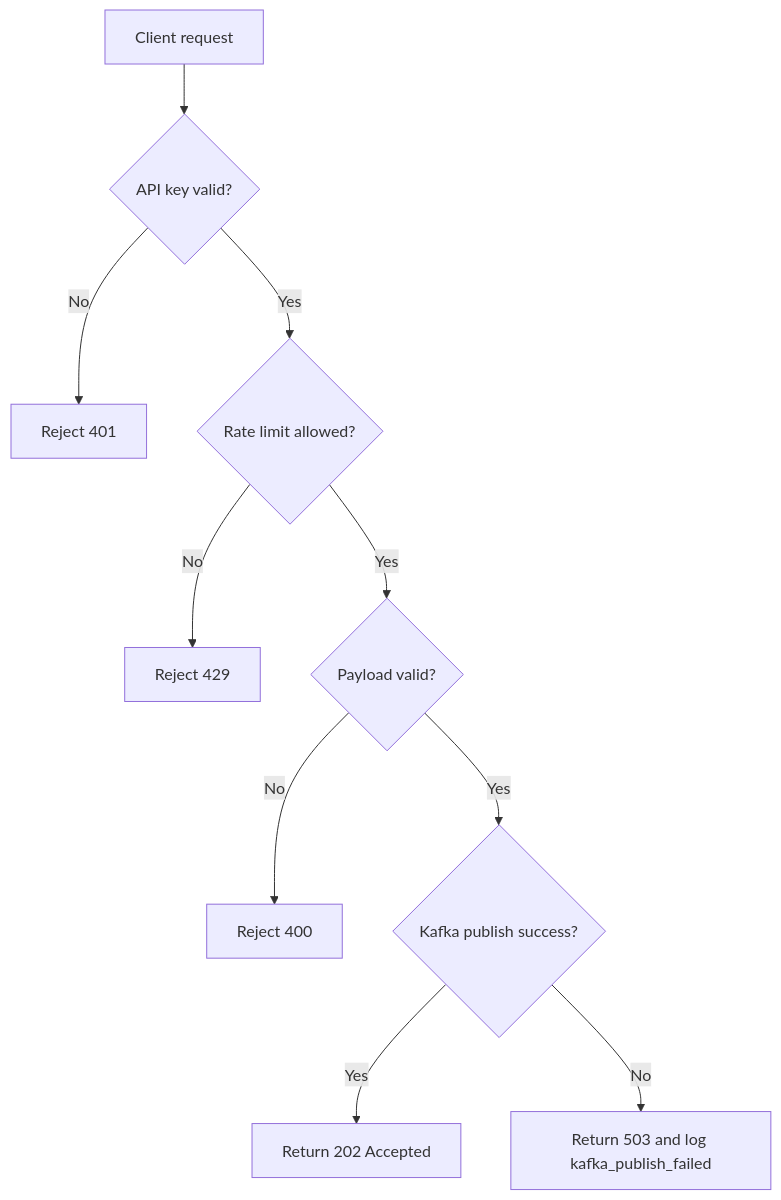
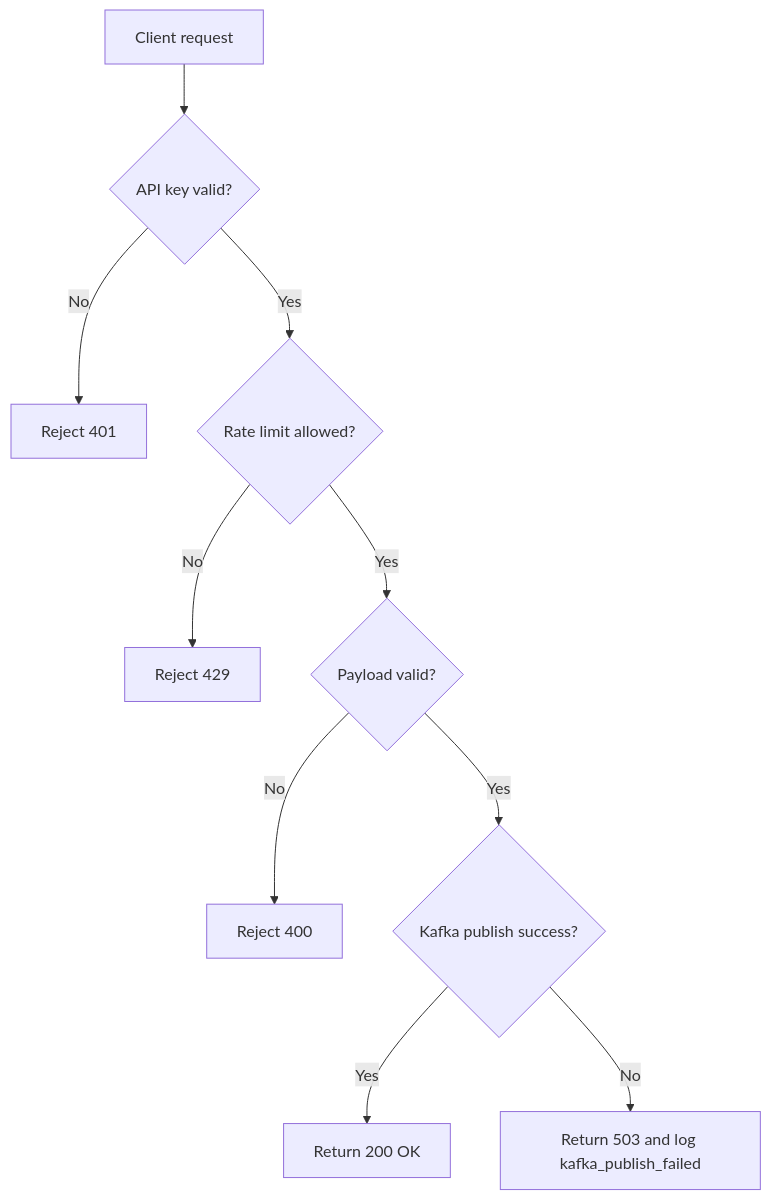
One commit to T-Hank2712/TraceFlow changed the first of 3 diagrams in system-design/05-reliability-design.md. Above: the diagram before and after it, drawn with Mermaid. The commit also changed other lines of this file and 27 other files, not shown here.

````diff
--- a/system-design/05-reliability-design.md
+++ b/system-design/05-reliability-design.md
@@ -322,12 +314,12 @@
 ```mermaid
 flowchart TD
     A[Client request] --> B{API key valid?}
     B -- No --> C[Reject 401]
     B -- Yes --> D{Rate limit allowed?}
     D -- No --> E[Reject 429]
     D -- Yes --> F{Payload valid?}
     F -- No --> G[Reject 400]
     F -- Yes --> H{Kafka publish success?}
-    H -- Yes --> I[Return 202 Accepted]
+    H -- Yes --> I[Return 200 OK]
     H -- No --> J[Return 503 and log kafka_publish_failed]
 ```
````
